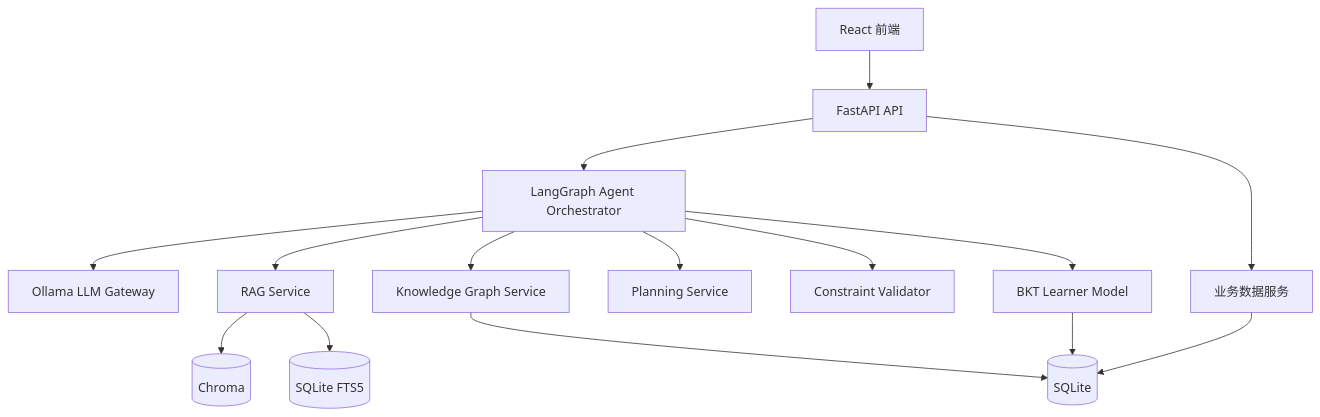
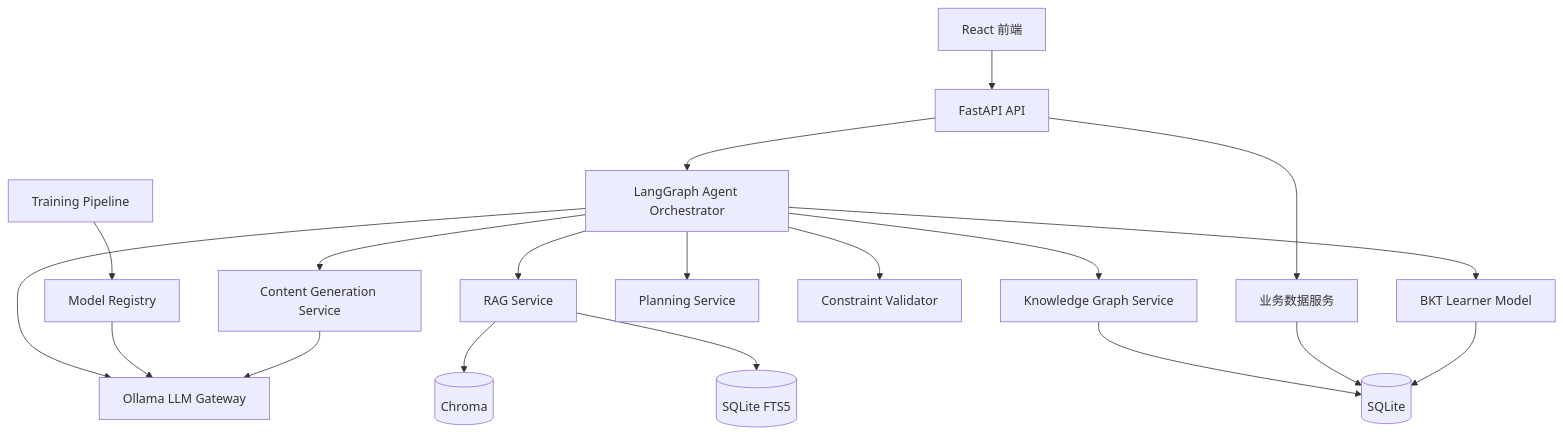
The second of 4 diagrams in docs/superpowers/specs/2026-09-30-smart-learning-planner-design.md (TIAN-lab300/my-github), drawn with Mermaid before and after one commit. The commit also changed other lines of this file, not shown here.

Commit message:
docs: add trainable model and content generation design

````diff
--- a/docs/superpowers/specs/2026-09-30-smart-learning-planner-design.md
+++ b/docs/superpowers/specs/2026-09-30-smart-learning-planner-design.md
@@ -270,19 +297,23 @@
 ```mermaid
 flowchart TB
     UI[React 前端] --> API[FastAPI API]
     API --> AGENT[LangGraph Agent Orchestrator]
     API --> DATA[业务数据服务]
 
     AGENT --> LLM[Ollama LLM Gateway]
+    AGENT --> CONTENT[Content Generation Service]
     AGENT --> RAG[RAG Service]
     AGENT --> GRAPH[Knowledge Graph Service]
     AGENT --> PLAN[Planning Service]
     AGENT --> VALIDATOR[Constraint Validator]
     AGENT --> BKT[BKT Learner Model]
 
+    TRAIN[Training Pipeline] --> REGISTRY[Model Registry]
+    REGISTRY --> LLM
+    CONTENT --> LLM
     RAG --> CHROMA[(Chroma)]
     RAG --> FTS[(SQLite FTS5)]
     GRAPH --> SQLITE[(SQLite)]
     DATA --> SQLITE
     BKT --> SQLITE
 ```
````
